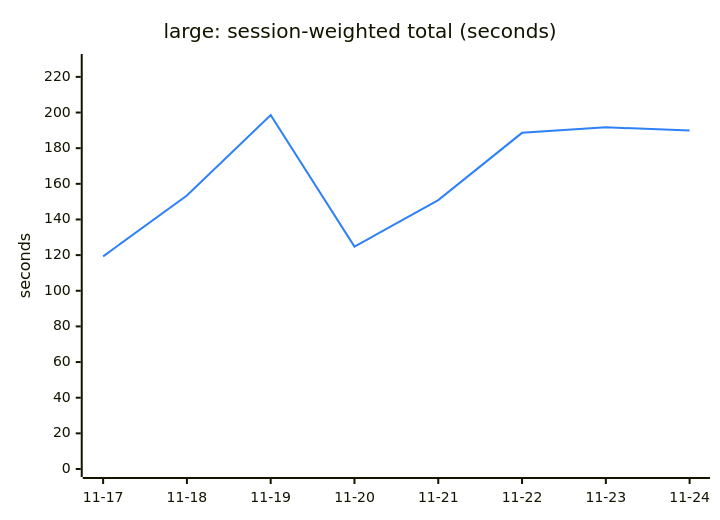
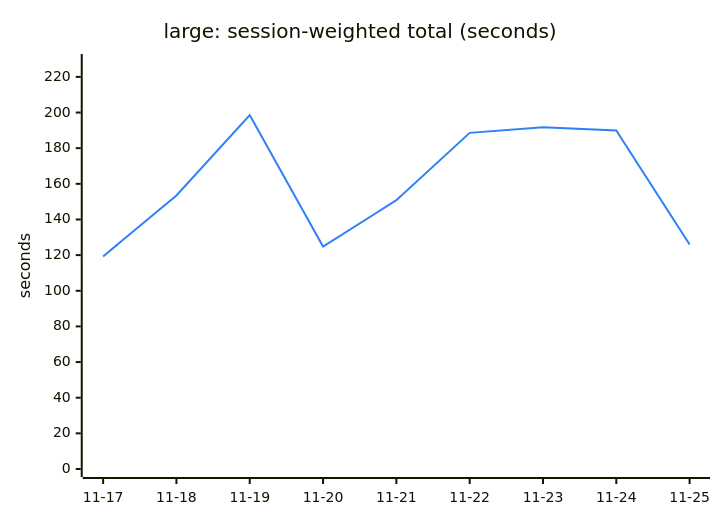
Before and after one commit to Ricovl/mxcli: the second of 6 diagrams in TREND.md, drawn with Mermaid. The commit also changed other lines of this file and 2 other files, not shown here.

````diff
--- a/TREND.md
+++ b/TREND.md
@@ -48,13 +48,13 @@
 ```mermaid
 ---
 config:
   themeVariables:
     xyChart:
       plotColorPalette: "#2f81f7"
 ---
 xychart-beta
     title "large: session-weighted total (seconds)"
-    x-axis ["11-17", "11-18", "11-19", "11-20", "11-21", "11-22", "11-23", "11-24"]
+    x-axis ["11-17", "11-18", "11-19", "11-20", "11-21", "11-22", "11-23", "11-24", "11-25"]
     y-axis "seconds" 0 --> 228.35
-    line [119.28, 153.48, 198.56, 124.78, 150.84, 188.60, 191.73, 189.88]
+    line [119.28, 153.48, 198.56, 124.78, 150.84, 188.60, 191.73, 189.88, 125.93]
 ```
````
